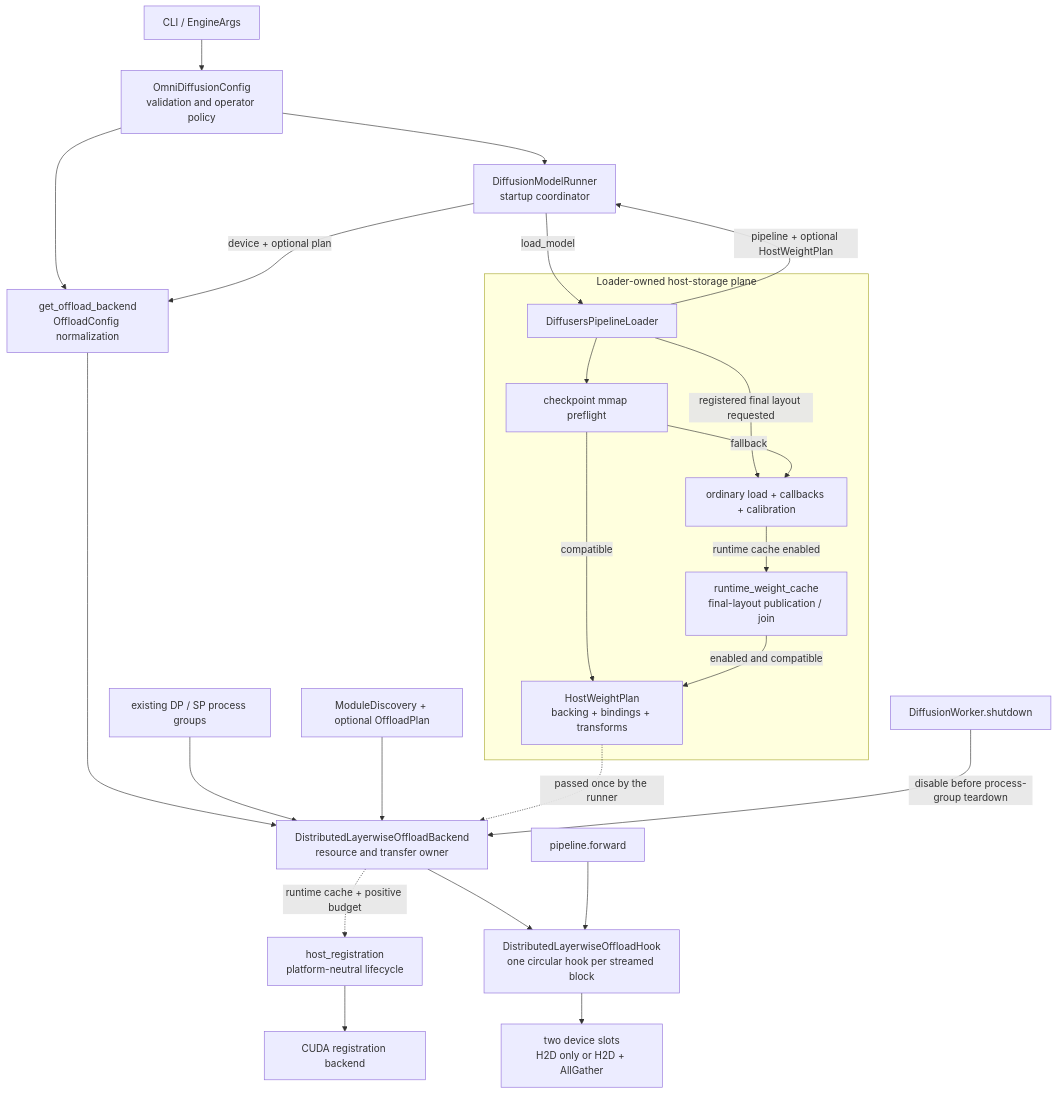
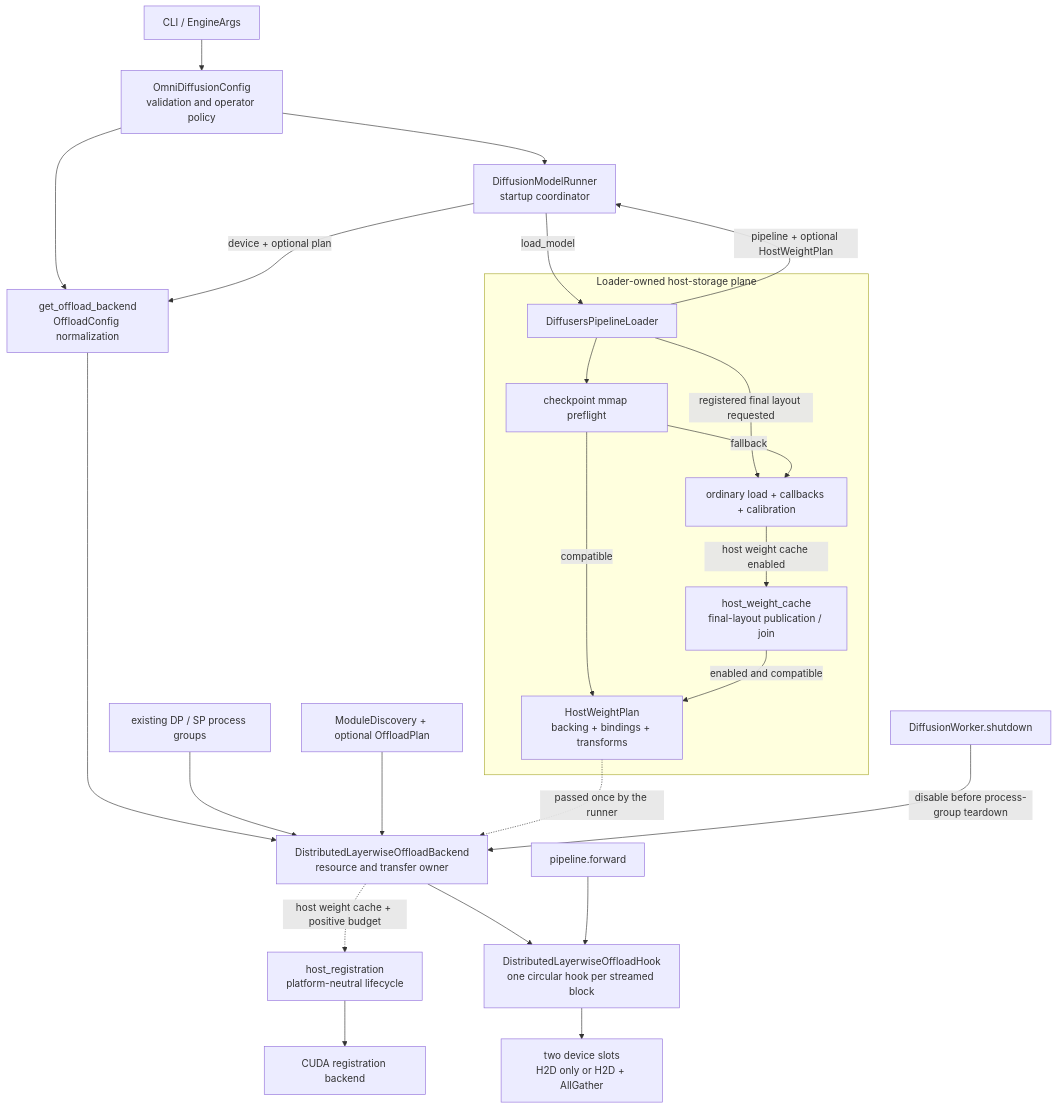
Before and after one commit to Asthenia0412/vllm-omni: the first of 4 diagrams in docs/design/feature/offloader/distributed_layerwise_offload.md, drawn with Mermaid. The commit also changed other lines of this file and 19 other files, not shown here.

Commit message:
[Diffusion] Rename runtime cache to host weight cache

````diff
--- a/docs/design/feature/offloader/distributed_layerwise_offload.md
+++ b/docs/design/feature/offloader/distributed_layerwise_offload.md
@@ -78,37 +78,37 @@
 ```mermaid
 flowchart TB
     CLI["CLI / EngineArgs"] --> Config["OmniDiffusionConfig<br/>validation and operator policy"]
     Config --> Runner["DiffusionModelRunner<br/>startup coordinator"]
 
     subgraph LoaderPlane["Loader-owned host-storage plane"]
         Loader["DiffusersPipelineLoader"]
         Checkpoint["checkpoint mmap preflight"]
         Ordinary["ordinary load + callbacks + calibration"]
-        RuntimeCache["runtime_weight_cache<br/>final-layout publication / join"]
+        HostWeightCache["host_weight_cache<br/>final-layout publication / join"]
         Contract["HostWeightPlan<br/>backing + bindings + transforms"]
         Loader --> Checkpoint
         Loader -->|"registered final layout requested"| Ordinary
         Checkpoint -->|"compatible"| Contract
         Checkpoint -->|"fallback"| Ordinary
-        Ordinary -->|"runtime cache enabled"| RuntimeCache
-        RuntimeCache -->|"enabled and compatible"| Contract
+        Ordinary -->|"host weight cache enabled"| HostWeightCache
+        HostWeightCache -->|"enabled and compatible"| Contract
     end
 
     Runner -->|"load_model"| Loader
     Loader -->|"pipeline + optional HostWeightPlan"| Runner
 
     Config --> Factory["get_offload_backend<br/>OffloadConfig normalization"]
     Runner -->|"device + optional plan"| Factory
     Factory --> Backend["DistributedLayerwiseOffloadBackend<br/>resource and transfer owner"]
     Topology["existing DP / SP process groups"] --> Backend
     Discovery["ModuleDiscovery + optional OffloadPlan"] --> Backend
     Contract -.->|"passed once by the runner"| Backend
 
-    Backend -.->|"runtime cache + positive budget"| Registration["host_registration<br/>platform-neutral lifecycle"]
+    Backend -.->|"host weight cache + positive budget"| Registration["host_registration<br/>platform-neutral lifecycle"]
     Registration --> CUDA["CUDA registration backend"]
     Backend --> Hooks["DistributedLayerwiseOffloadHook<br/>one circular hook per streamed block"]
     Forward["pipeline.forward"] --> Hooks
     Hooks --> DataPath["two device slots<br/>H2D only or H2D + AllGather"]
 
     Shutdown["DiffusionWorker.shutdown"] -->|"disable before process-group teardown"| Backend
 ```
````
